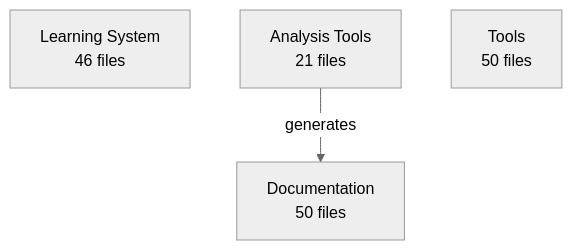
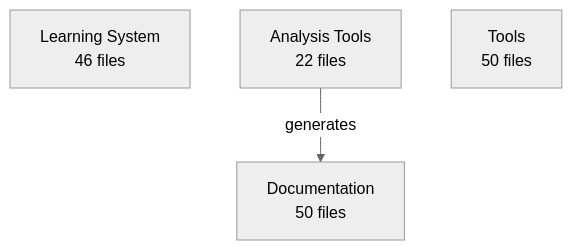
One commit to enufacas/Chained changed the diagram in docs/data/architecture/architecture.mmd. Above: the diagram before and after it, drawn with Mermaid (neutral theme). The commit also changed 6 other files, not shown here.

First line of the commit message:
🏗️ Update architecture evolution tracking

```diff
--- a/docs/data/architecture/architecture.mmd
+++ b/docs/data/architecture/architecture.mmd
@@ -1,6 +1,6 @@
 graph TD
     learning_system[Learning System<br/>46 files]
-    analysis_tools[Analysis Tools<br/>21 files]
+    analysis_tools[Analysis Tools<br/>22 files]
     documentation[Documentation<br/>50 files]
     tools[Tools<br/>50 files]
     analysis_tools -->|generates| documentation
```
